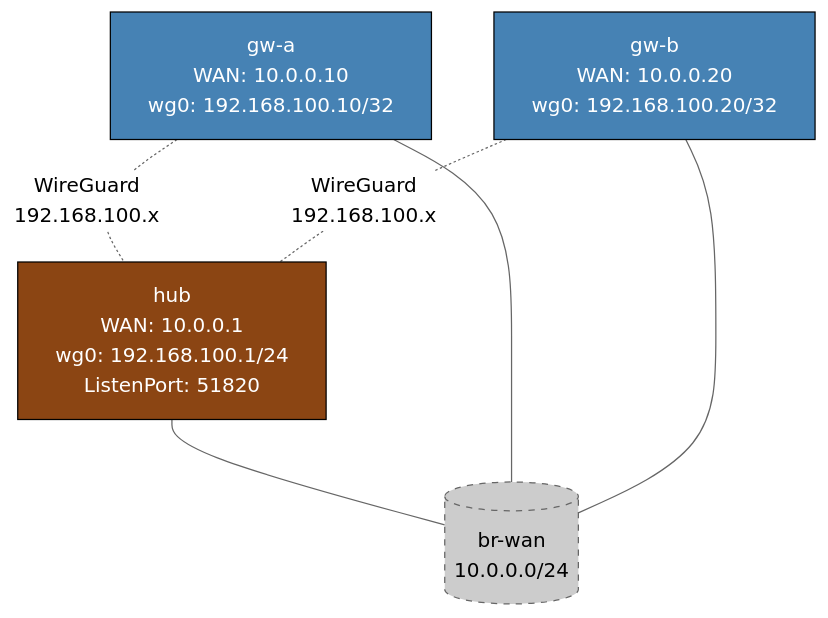
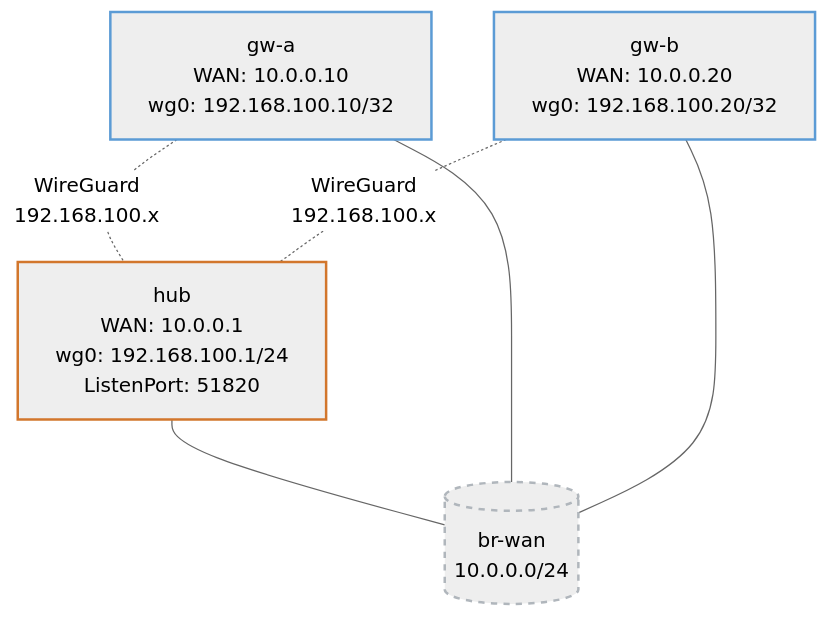
The diagram in labs/wireguard/README.md (jschless/networkingLabs), drawn with Mermaid (neutral theme) before and after one commit. The commit also changed 250 other files, not shown here.

Commit message:
Fix unreadable topology diagrams, convert ASCII art, publish assessments (#57)

````diff
--- a/labs/wireguard/README.md
+++ b/labs/wireguard/README.md
@@ -12,21 +12,21 @@
 ```mermaid
 flowchart TB
-    brwan[("br-wan\n10.0.0.0/24")]
-    hub["hub\nWAN: 10.0.0.1\nwg0: 192.168.100.1/24\nListenPort: 51820"]
-    gwa["gw-a\nWAN: 10.0.0.10\nwg0: 192.168.100.10/32"]
-    gwb["gw-b\nWAN: 10.0.0.20\nwg0: 192.168.100.20/32"]
+    brwan[("br-wan<br/>10.0.0.0/24")]
+    hub["hub<br/>WAN: 10.0.0.1<br/>wg0: 192.168.100.1/24<br/>ListenPort: 51820"]
+    gwa["gw-a<br/>WAN: 10.0.0.10<br/>wg0: 192.168.100.10/32"]
+    gwb["gw-b<br/>WAN: 10.0.0.20<br/>wg0: 192.168.100.20/32"]
 
     hub --- brwan
     gwa --- brwan
     gwb --- brwan
 
-    gwa -. "WireGuard\n192.168.100.x" .- hub
-    gwb -. "WireGuard\n192.168.100.x" .- hub
+    gwa -. "WireGuard<br/>192.168.100.x" .- hub
+    gwb -. "WireGuard<br/>192.168.100.x" .- hub
 
-    classDef hub    fill:#8b4513,color:#fff,stroke:#000
-    classDef spoke  fill:#4682b4,color:#fff,stroke:#000
-    classDef wan    fill:#ccc,color:#000,stroke:#666,stroke-dasharray:5
+    classDef hub stroke:#d2762c,stroke-width:2px
+    classDef spoke stroke:#5b9bd5,stroke-width:2px
+    classDef wan stroke:#b0b6bc,stroke-width:2px,stroke-dasharray:5
     class hub hub
     class gwa,gwb spoke
     class brwan wan
 ```
````
